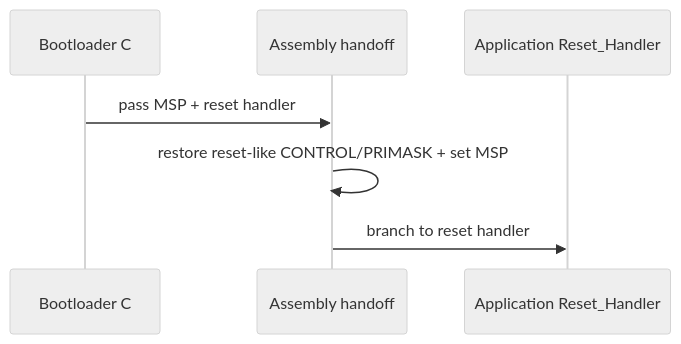
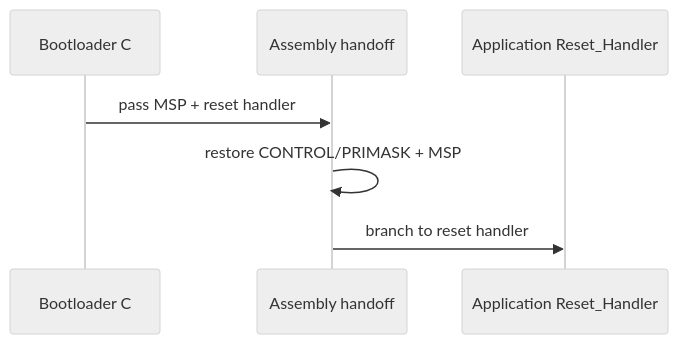
Before and after one commit to haikevins/secure-delta-ota-bootloader: the second of 2 diagrams in docs/boot-jump.md, drawn with Mermaid (neutral theme). The commit also changed other lines of this file and 11 other files, not shown here.

````diff
--- a/docs/boot-jump.md
+++ b/docs/boot-jump.md
@@ -71,10 +71,10 @@
 ```mermaid
 sequenceDiagram
     participant B as Bootloader C
     participant ASM as Assembly handoff
     participant A as Application Reset_Handler
 
     B->>ASM: pass MSP + reset handler
-    ASM->>ASM: restore reset-like CONTROL/PRIMASK + set MSP
+    ASM->>ASM: restore CONTROL/PRIMASK + MSP
     ASM->>A: branch to reset handler
 ```
````
